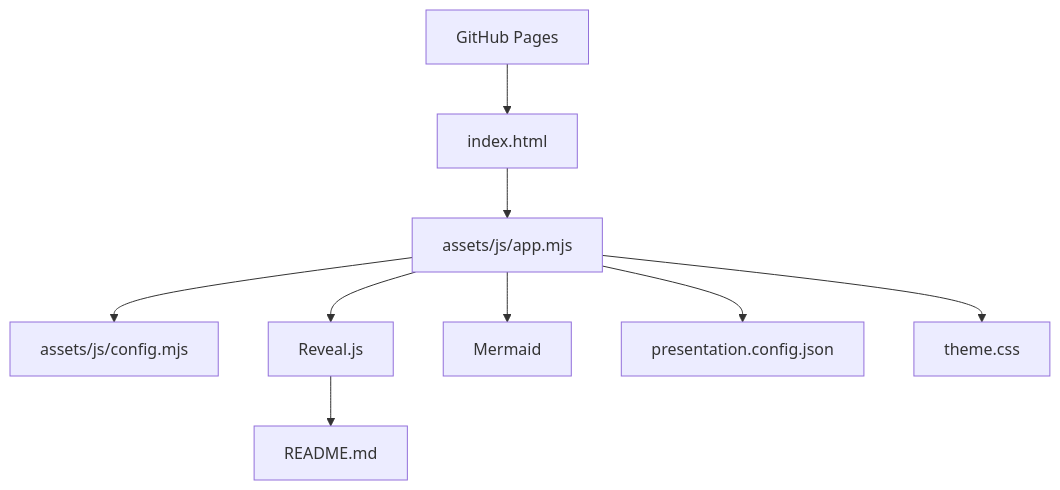
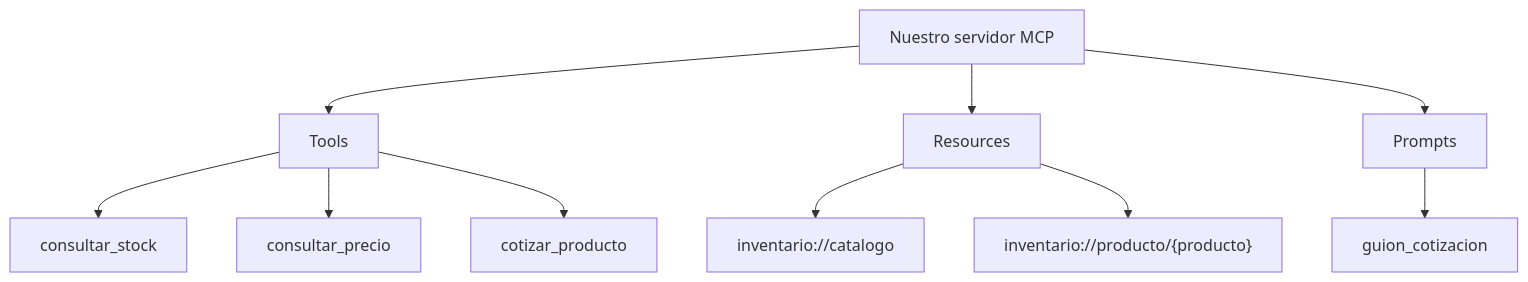
The seventh of 14 diagrams in README.md (jorgektch/tu-primer-servidor-mcp), drawn with Mermaid before and after one commit. The commit also changed other lines of this file and 35 other files, not shown here.

Commit message:
feat: build hands-on MCP server workshop with protocol client and diagrams

````diff
--- a/README.md
+++ b/README.md
@@ -140,11 +393,12 @@
 ```mermaid
-flowchart TD
-    A["GitHub Pages"] --> B["index.html"]
-    B --> C["assets/js/app.mjs"]
-    C --> D["assets/js/config.mjs"]
-    C --> E["Reveal.js"]
-    E --> F["README.md"]
-    C --> G["Mermaid"]
-    C --> H["presentation.config.json"]
-    C --> I["theme.css"]
+flowchart TB
+  SERVER["Nuestro servidor MCP"] --> TOOLS["Tools"]
+  SERVER --> RES["Resources"]
+  SERVER --> PR["Prompts"]
+  TOOLS --> T1["consultar_stock"]
+  TOOLS --> T2["consultar_precio"]
+  TOOLS --> T3["cotizar_producto"]
+  RES --> R1["inventario://catalogo"]
+  RES --> R2["inventario://producto/{producto}"]
+  PR --> P1["guion_cotizacion"]
 ```
````
